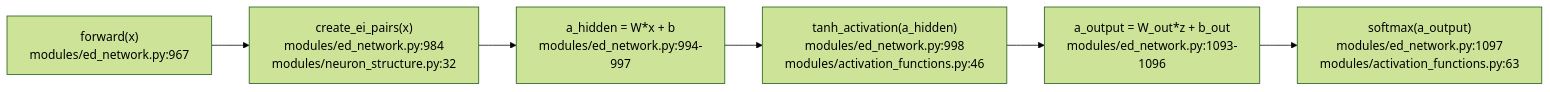
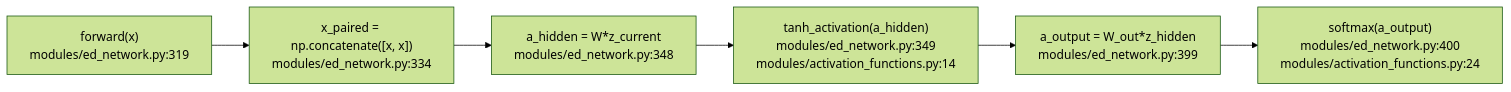
One commit to yoiwa0714/columnar_ed_ann changed the second of 6 diagrams in docs/en/ed_learning_mechanism_anchors_en.md. Above: the diagram before and after it, drawn with Mermaid (forest theme). The commit also changed other lines of this file and 7 other files, not shown here.

````diff
--- a/docs/en/ed_learning_mechanism_anchors_en.md
+++ b/docs/en/ed_learning_mechanism_anchors_en.md
@@ -59,8 +53,8 @@
 ```mermaid
 flowchart LR
-    A["forward(x)<br/>modules/ed_network.py:967"] --> B["create_ei_pairs(x)<br/>modules/ed_network.py:984<br/>modules/neuron_structure.py:32"]
-    B --> C["a_hidden = W*x + b<br/>modules/ed_network.py:994-997"]
-    C --> D["tanh_activation(a_hidden)<br/>modules/ed_network.py:998<br/>modules/activation_functions.py:46"]
-    D --> E["a_output = W_out*z + b_out<br/>modules/ed_network.py:1093-1096"]
-    E --> F["softmax(a_output)<br/>modules/ed_network.py:1097<br/>modules/activation_functions.py:63"]
+    A["forward(x)<br/>modules/ed_network.py:319"] --> B["x_paired = np.concatenate([x, x])<br/>modules/ed_network.py:334"]
+    B --> C["a_hidden = W*z_current<br/>modules/ed_network.py:348"]
+    C --> D["tanh_activation(a_hidden)<br/>modules/ed_network.py:349<br/>modules/activation_functions.py:14"]
+    D --> E["a_output = W_out*z_hidden<br/>modules/ed_network.py:399"]
+    E --> F["softmax(a_output)<br/>modules/ed_network.py:400<br/>modules/activation_functions.py:24"]
 ```
````
